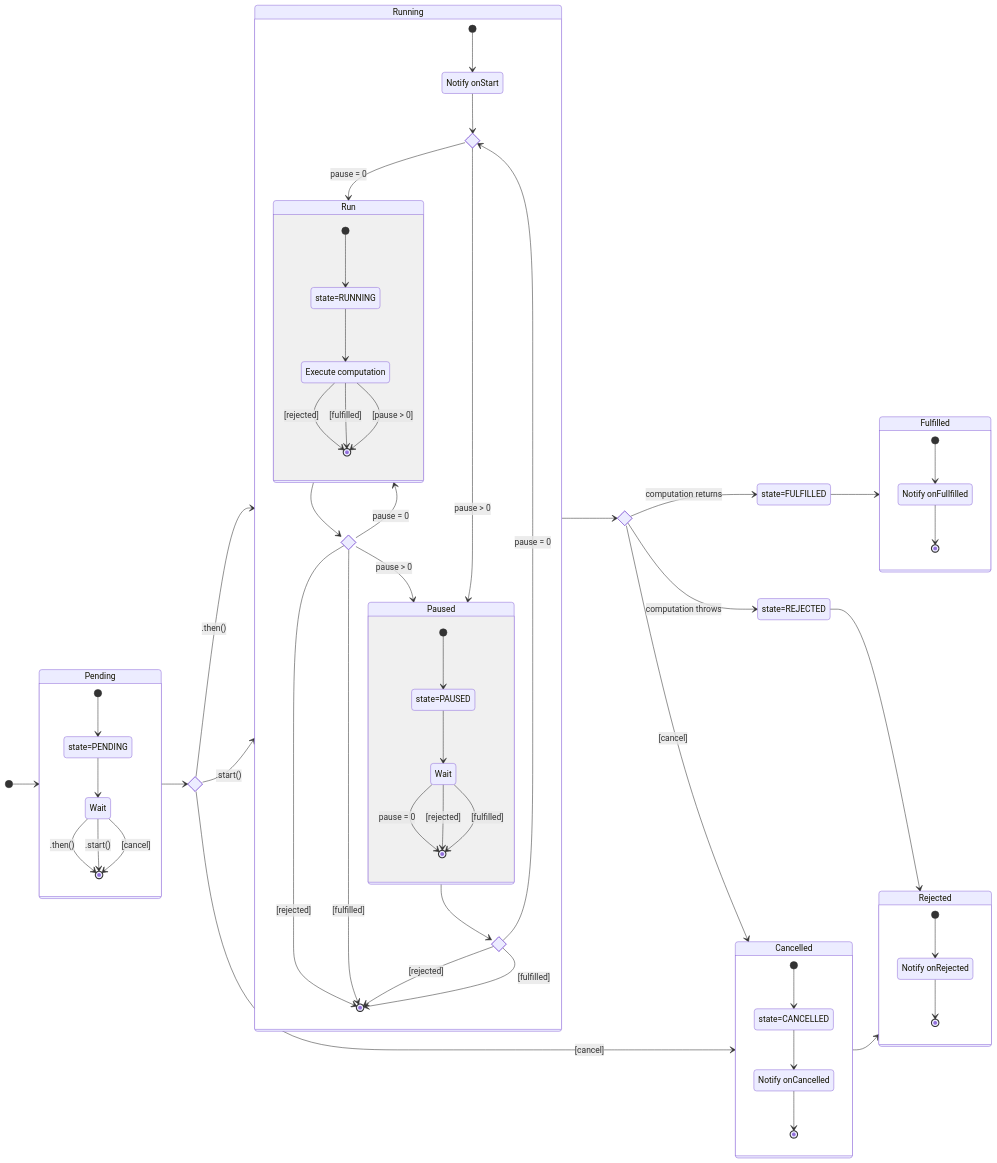
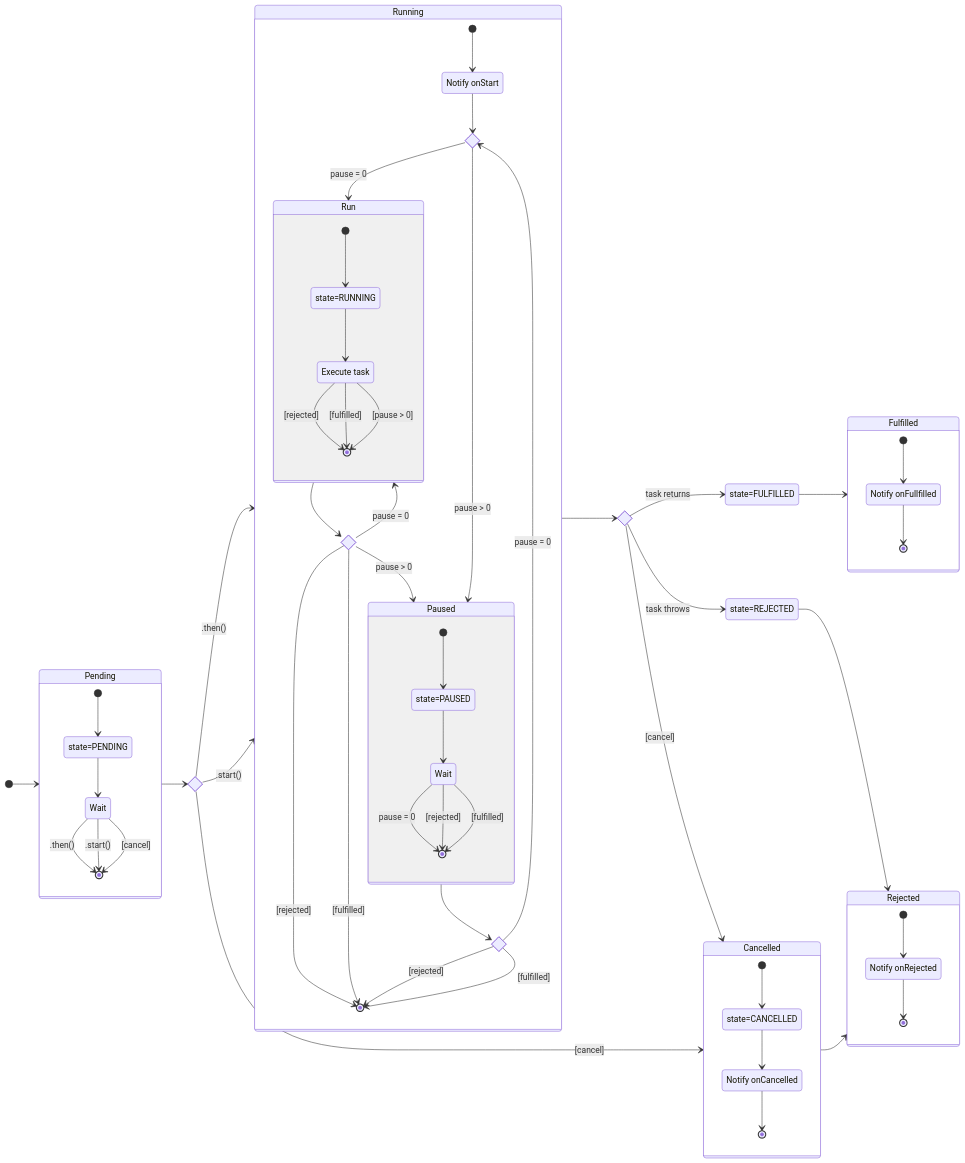
The diagram in src/images/basic-states.mmd (BobKerns/better-future), drawn with Mermaid before and after one commit. The commit also changed 18 other files, not shown here.

Commit message:
Massive rename: computation -> task.

```diff
--- a/src/images/basic-states.mmd
+++ b/src/images/basic-states.mmd
@@ -1,87 +1,87 @@
 stateDiagram-v2
     direction LR
 
     state if_start <<choice>>
     state if_resolved <<choice>>
 
     [*] --> Pending
     Pending --> if_start
     if_start --> Running : .then()
     if_start --> Running : .start()
     if_start --> Cancelled : [cancel]
 
     Running --> if_resolved
-    if_resolved --> state=FULFILLED : computation returns
-    if_resolved --> state=REJECTED : computation throws
+    if_resolved --> state=FULFILLED : task returns
+    if_resolved --> state=REJECTED : task throws
     if_resolved --> Cancelled : [cancel]
 
     state=FULFILLED --> Fulfilled
     state=REJECTED --> Rejected
     
     Cancelled --> Rejected
 
     state Pending {
       [*] --> state=PENDING
       state=PENDING --> Wait_pending
       Wait_pending --> [*] : .then()
       Wait_pending --> [*] : .start()
       Wait_pending --> [*] : [cancel]
       Wait_pending : Wait
     }
 
     state Running {
       state if_pause <<choice>>
       state if_more <<choice>>
       state if_end <<choice>>
 
       [*] --> NotifyStarted
       NotifyStarted --> if_pause
       if_pause --> Run : pause = 0
       if_pause --> Paused : pause > 0
       Run --> if_more
       if_more --> Paused : pause > 0
       if_more --> Run : pause = 0
       if_more --> [*] : [rejected]
       if_more --> [*] : [fulfilled]
       Paused --> if_end
       if_end --> [*] : [rejected]
       if_end --> [*] : [fulfilled]
       if_end --> if_pause : pause = 0
       NotifyStarted : Notify onStart
 
       state Run {
         [*] --> state=RUNNING
         state=RUNNING --> Execute
         Execute --> [*] : [rejected]
         Execute --> [*] : [fulfilled]
         Execute --> [*] : [pause > 0]
-        Execute : Execute computation
+        Execute : Execute task
       }
 
       state Paused {
         [*] --> state=PAUSED
         state=PAUSED --> Wait
         Wait --> [*] : pause = 0
         Wait --> [*] : [rejected]
         Wait --> [*] : [fulfilled]
       }
     }
 
     state Fulfilled {
       [*] --> NotifyFulfilled
       NotifyFulfilled --> [*]
       NotifyFulfilled : Notify onFullfilled
     }
 
     state Rejected {
       [*] --> NotifyRejected
       NotifyRejected --> [*]
       NotifyRejected : Notify onRejected
     }
 
     state Cancelled {
       [*] --> state=CANCELLED
       state=CANCELLED --> NotifyCancelled
       NotifyCancelled --> [*]
       NotifyCancelled : Notify onCancelled
     }
```
